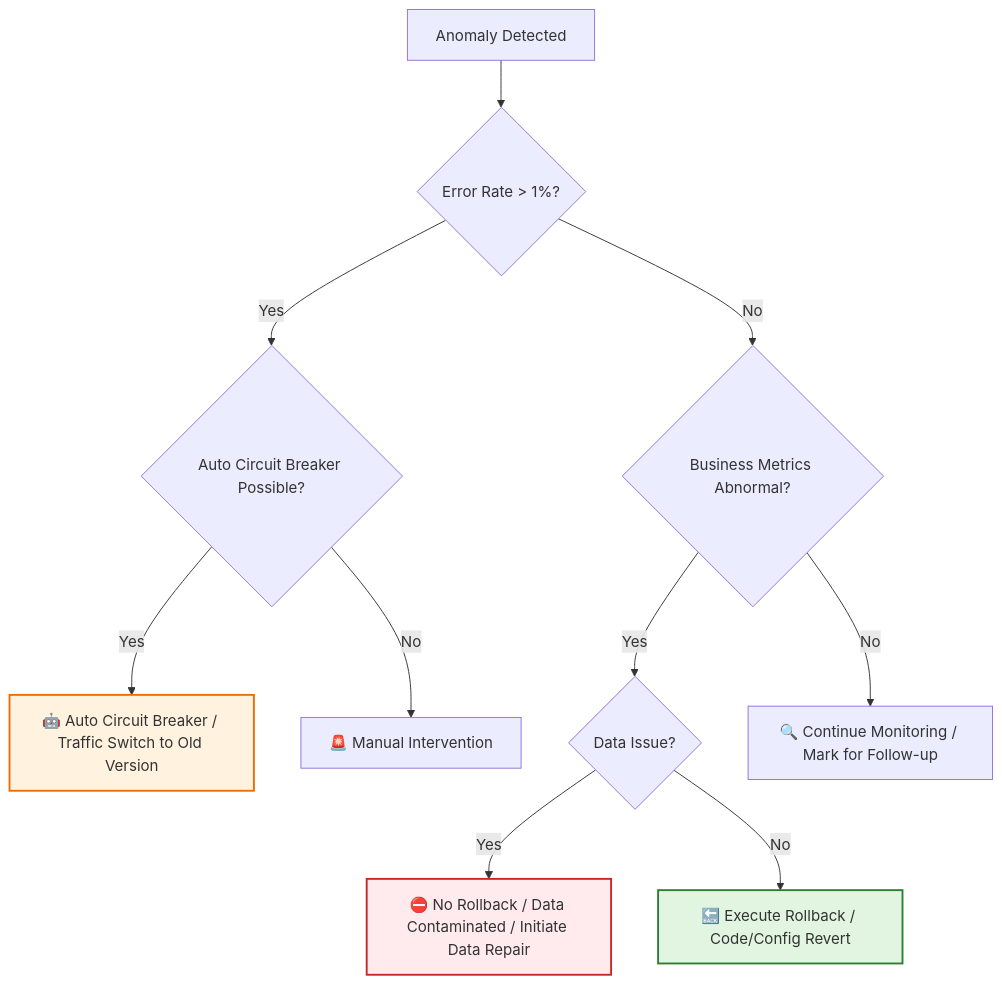
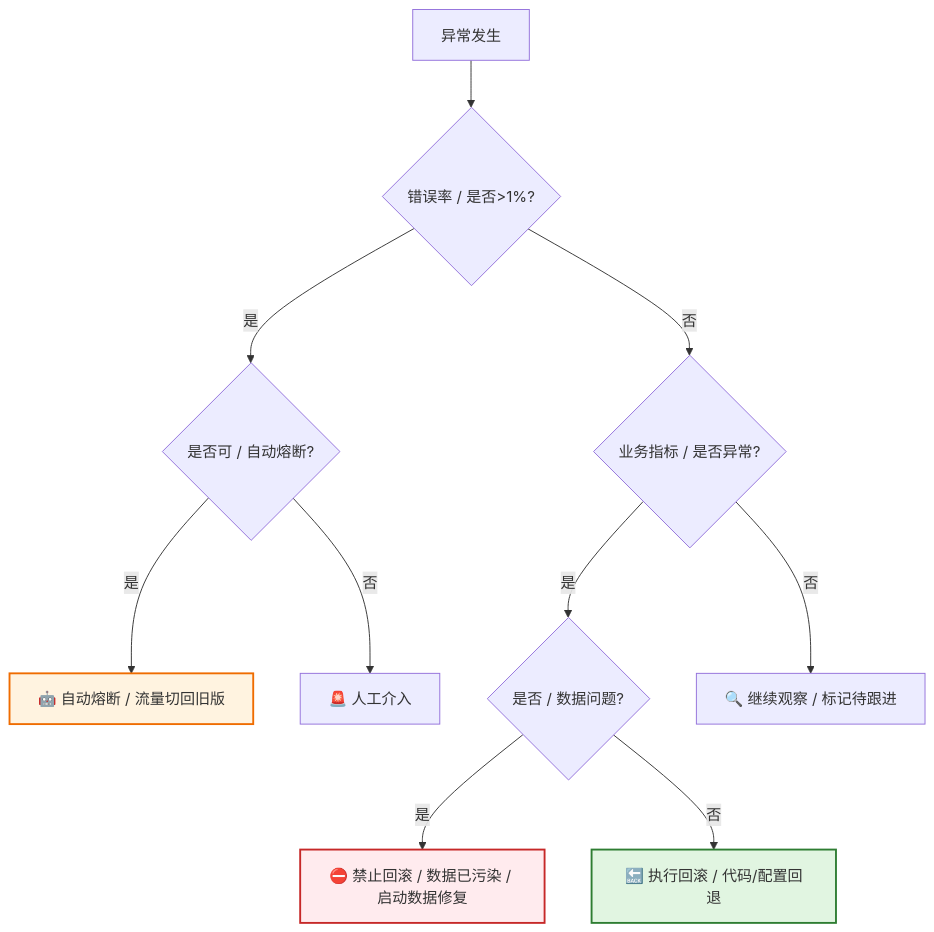
Before and after one commit to Kirky-X/cangjie: the sixth of 8 diagrams in templates/Product/Delivery/Template-Release-Plan.md, drawn with Mermaid. The commit also changed other lines of this file and 33 other files, not shown here.

````diff
--- a/templates/Product/Delivery/Template-Release-Plan.md
+++ b/templates/Product/Delivery/Template-Release-Plan.md
@@ -466,16 +466,16 @@
 ```mermaid
 flowchart TD
-    A[Anomaly Detected] --> B{Error Rate > 1%?}
-    B -->|Yes| C{Auto Circuit Breaker Possible?}
-    C -->|Yes| D[🤖 Auto Circuit Breaker / Traffic Switch to Old Version]
-    C -->|No| E[🚨 Manual Intervention]
-    B -->|No| F{Business Metrics Abnormal?}
-    F -->|Yes| G{Data Issue?}
-    G -->|Yes| H[⛔ No Rollback / Data Contaminated / Initiate Data Repair]
-    G -->|No| I[🔙 Execute Rollback / Code/Config Revert]
-    F -->|No| J[🔍 Continue Monitoring / Mark for Follow-up]
+    A[异常发生] --> B{错误率 / 是否>1%?}
+    B -->|是| C{是否可 / 自动熔断?}
+    C -->|是| D[🤖 自动熔断 / 流量切回旧版]
+    C -->|否| E[🚨 人工介入]
+    B -->|否| F{业务指标 / 是否异常?}
+    F -->|是| G{是否 / 数据问题?}
+    G -->|是| H[⛔ 禁止回滚 / 数据已污染 / 启动数据修复]
+    G -->|否| I[🔙 执行回滚 / 代码/配置回退]
+    F -->|否| J[🔍 继续观察 / 标记待跟进]
 
     style D fill:#fff3e0,stroke:#ef6c00,stroke-width:2px
     style H fill:#ffebee,stroke:#c62828,stroke-width:2px
     style I fill:#e1f5e1,stroke:#2e7d32,stroke-width:2px
 ```
````
